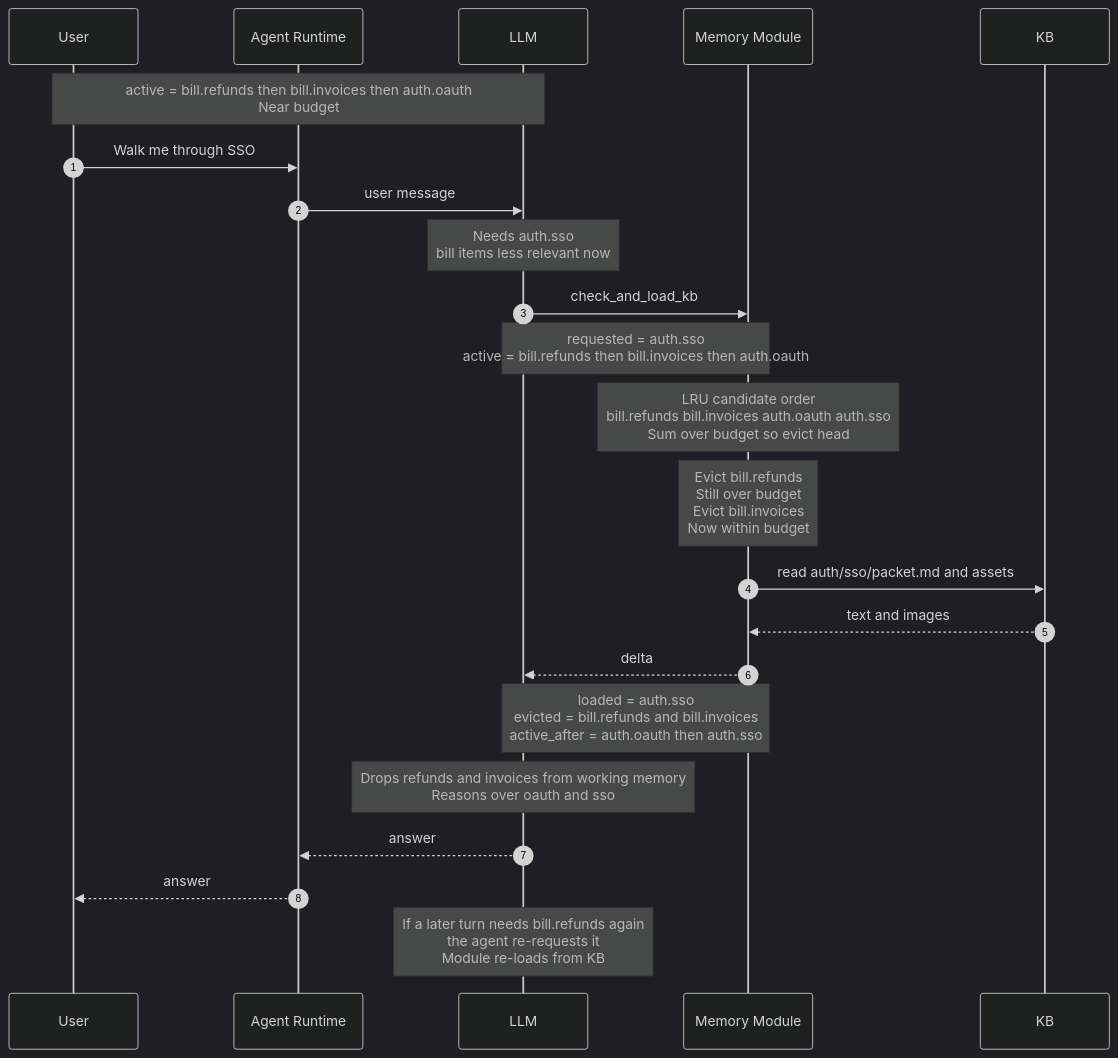
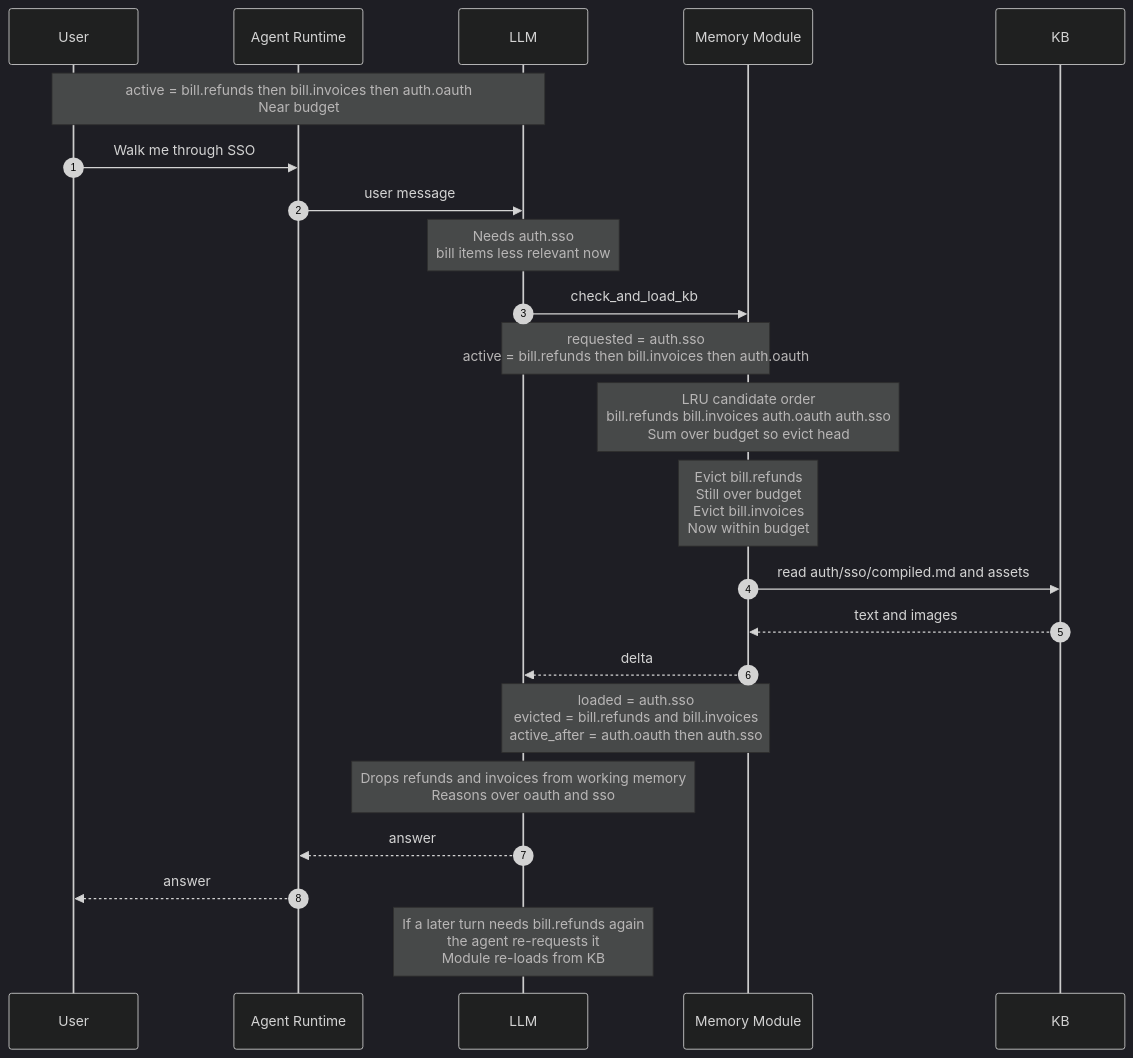
Before and after one commit to shishircc/hcag: the fifth of 16 diagrams in DESIGN.md, drawn with Mermaid (dark theme). The commit also changed other lines of this file and 28 other files, not shown here.

Commit message:
Major update. hcag preprocess is now DFS. All cli now have --verbose flag. All CLI now also have sequence diagrams. Finally packet.md and catalog.md are now combined during DFS approach of creation into compiled.md

````diff
--- a/DESIGN.md
+++ b/DESIGN.md
@@ -910,28 +933,28 @@
 ```mermaid
 sequenceDiagram
     autonumber
     participant U as User
     participant R as Agent Runtime
     participant L as LLM
     participant M as Memory Module
     participant K as KB
 
     Note over U,L: active = bill.refunds then bill.invoices then auth.oauth<br/>Near budget
 
     U->>R: Walk me through SSO
     R->>L: user message
     Note over L: Needs auth.sso<br/>bill items less relevant now
     L->>M: check_and_load_kb
     Note over L,M: requested = auth.sso<br/>active = bill.refunds then bill.invoices then auth.oauth
     Note over M: LRU candidate order<br/>bill.refunds bill.invoices auth.oauth auth.sso<br/>Sum over budget so evict head
     Note over M: Evict bill.refunds<br/>Still over budget<br/>Evict bill.invoices<br/>Now within budget
-    M->>K: read auth/sso/packet.md and assets
+    M->>K: read auth/sso/compiled.md and assets
     K-->>M: text and images
     M-->>L: delta
     Note over L,M: loaded = auth.sso<br/>evicted = bill.refunds and bill.invoices<br/>active_after = auth.oauth then auth.sso
     Note over L: Drops refunds and invoices from working memory<br/>Reasons over oauth and sso
     L-->>R: answer
     R-->>U: answer
 
     Note over L: If a later turn needs bill.refunds again<br/>the agent re-requests it<br/>Module re-loads from KB
 ```
````
